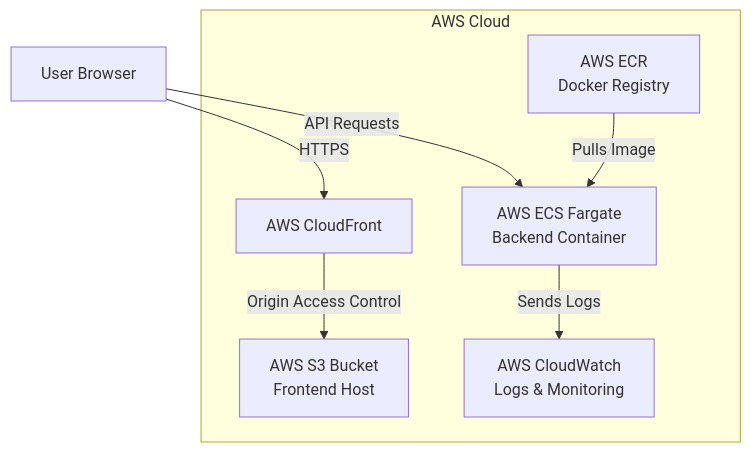
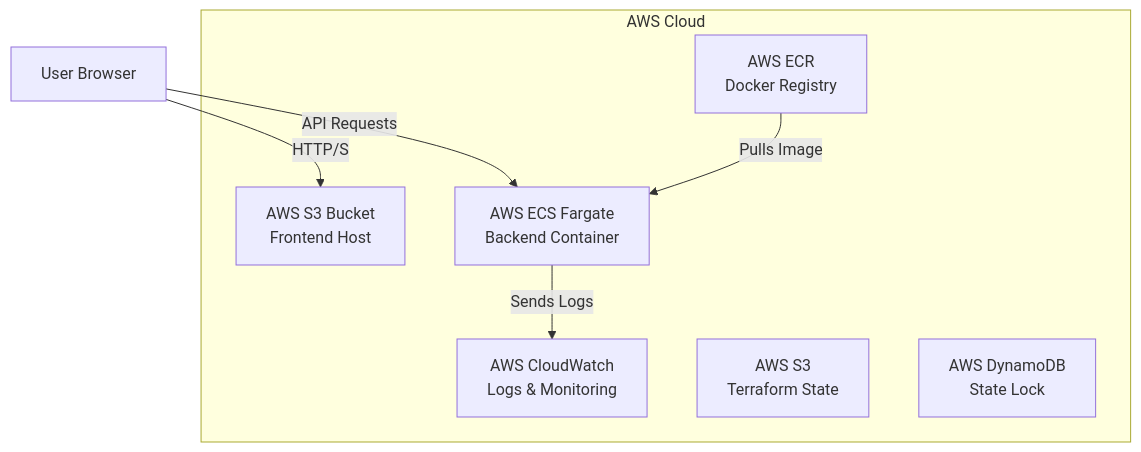
Before and after one commit to vermavaishnav70/DevOps: the diagram in README.md, drawn with Mermaid. The commit also changed other lines of this file and 3 other files, not shown here.

````diff
--- a/README.md
+++ b/README.md
@@ -13,15 +13,15 @@
 ```mermaid
 graph TD
-    Client[User Browser] -->|HTTPS| CF[AWS CloudFront]
-    CF -->|Origin Access Control| S3[AWS S3 Bucket<br>Frontend Host]
+    Client[User Browser] -->|HTTP/S| S3[AWS S3 Bucket<br>Frontend Host]
     Client -->|API Requests| ECS[AWS ECS Fargate<br>Backend Container]
     
     subgraph AWS Cloud
-        CF
         S3
         ECS
         ECR[AWS ECR<br>Docker Registry] -->|Pulls Image| ECS
         CloudWatch[AWS CloudWatch<br>Logs & Monitoring]
         ECS -->|Sends Logs| CloudWatch
+        TF_S3[AWS S3<br>Terraform State]
+        TF_DDB[AWS DynamoDB<br>State Lock]
     end
 ```
````
